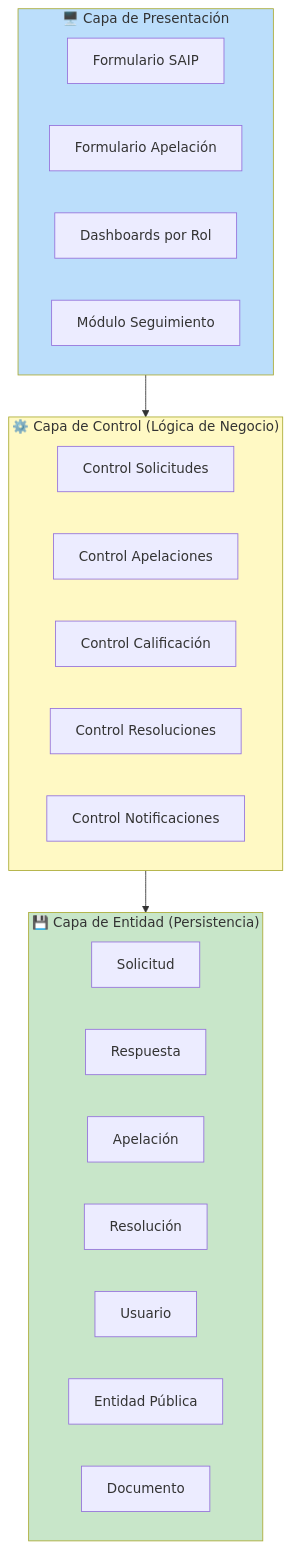
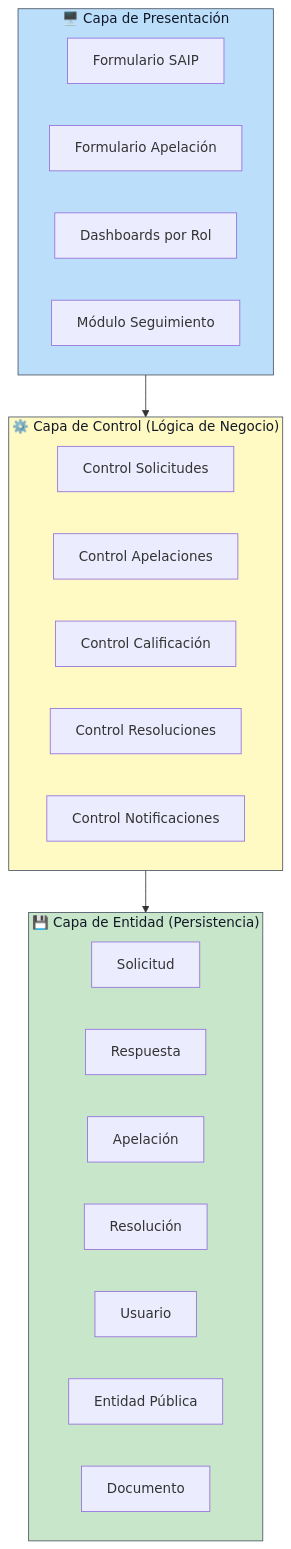
The seventh of 10 diagrams in docs/src/content/docs/metodologia/index.mdx (transparenciapublicadev/plataforma-saip-apelaciones), drawn with Mermaid before and after one commit. The commit also changed other lines of this file and 4 other files, not shown here.

First line of the commit message:
✨ feat(docs): improve Mermaid contrast and add docs CI workflow

````diff
--- a/docs/src/content/docs/metodologia/index.mdx
+++ b/docs/src/content/docs/metodologia/index.mdx
@@ -402,34 +402,34 @@
 ```mermaid
 graph TB
     subgraph Presentation["🖥️ Capa de Presentación"]
         UI_SAIP["Formulario SAIP"]
         UI_APEL["Formulario Apelación"]
         UI_DASH["Dashboards por Rol"]
         UI_SEG["Módulo Seguimiento"]
     end
     
     subgraph Control["⚙️ Capa de Control (Lógica de Negocio)"]
         CTRL_SAIP["Control Solicitudes"]
         CTRL_APEL["Control Apelaciones"]
         CTRL_CALIF["Control Calificación"]
         CTRL_RESOL["Control Resoluciones"]
         CTRL_NOTIF["Control Notificaciones"]
     end
     
     subgraph Entity["💾 Capa de Entidad (Persistencia)"]
         ENT_SOL["Solicitud"]
         ENT_RESP["Respuesta"]
         ENT_APEL["Apelación"]
         ENT_RESOL["Resolución"]
         ENT_USER["Usuario"]
         ENT_ENT["Entidad Pública"]
         ENT_DOC["Documento"]
     end
     
     Presentation --> Control
     Control --> Entity
     
-    style Presentation fill:#bbdefb
-    style Control fill:#fff9c4
-    style Entity fill:#c8e6c9
+    style Presentation fill:#bbdefb,color:#111827,stroke:#4b5563,stroke-width:1px
+    style Control fill:#fff9c4,color:#111827,stroke:#4b5563,stroke-width:1px
+    style Entity fill:#c8e6c9,color:#111827,stroke:#4b5563,stroke-width:1px
 ```
````
